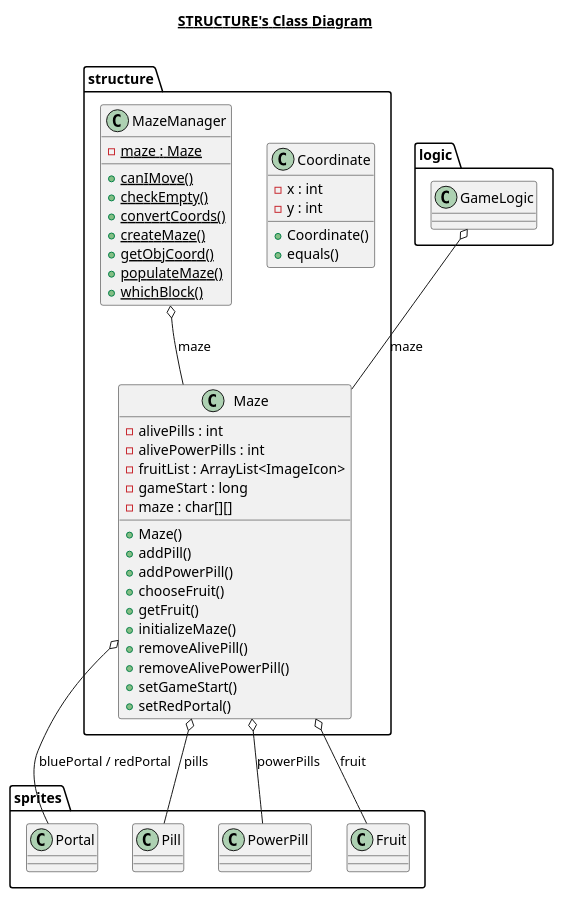
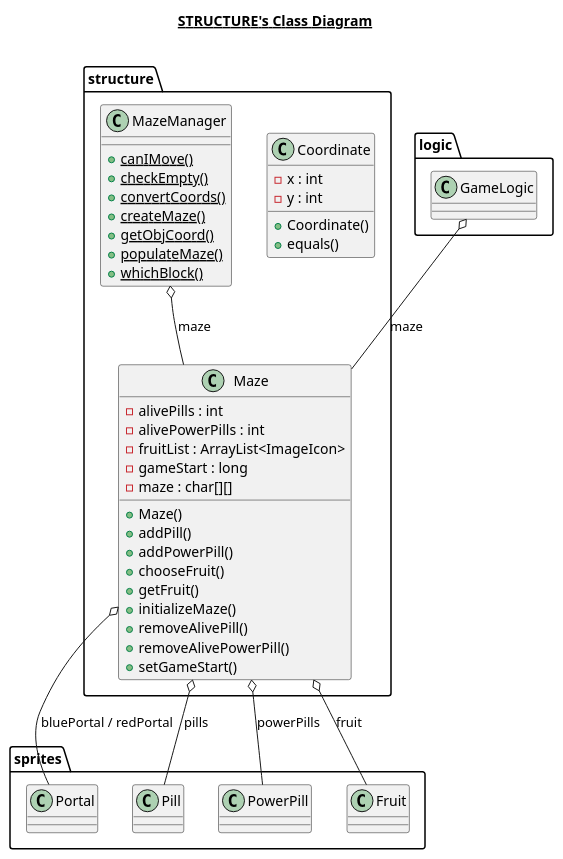
One commit to frnocentini/jpacman changed the diagram in src/structure/structure.plantuml. Above: the diagram before and after it, drawn with PlantUML. The commit also changed 30 other files, not shown here.

```diff
--- a/src/structure/structure.plantuml
+++ b/src/structure/structure.plantuml
@@ -1,50 +1,48 @@
 @startuml
 
 title __STRUCTURE's Class Diagram__\n
 
   namespace structure {
       class structure.Coordinate {
           - x : int
           - y : int
           + Coordinate()
           + equals()
       }
       class structure.Maze {
           - alivePills : int
           - alivePowerPills : int
           - fruitList : ArrayList<ImageIcon>
           - gameStart : long
           - maze : char[][]
           + Maze()
           + addPill()
           + addPowerPill()
           + chooseFruit()
           + getFruit()
           + initializeMaze()
           + removeAlivePill()
           + removeAlivePowerPill()
           + setGameStart()
-          + setRedPortal()
       }
       class structure.MazeManager {
-          {static} - maze : Maze
           {static} + canIMove()
           {static} + checkEmpty()
           {static} + convertCoords()
           {static} + createMaze()
           {static} + getObjCoord()
           {static} + populateMaze()
           {static} + whichBlock()
       }
     }
   
 
   structure.Maze o-- sprites.Portal : bluePortal / redPortal
   structure.Maze o-- sprites.Pill : pills
   structure.Maze o-- sprites.PowerPill : powerPills
   structure.Maze o-- sprites.Fruit : fruit
   logic.GameLogic o-- structure.Maze : maze
   structure.MazeManager o-- structure.Maze : maze
 
 
 @enduml
```
